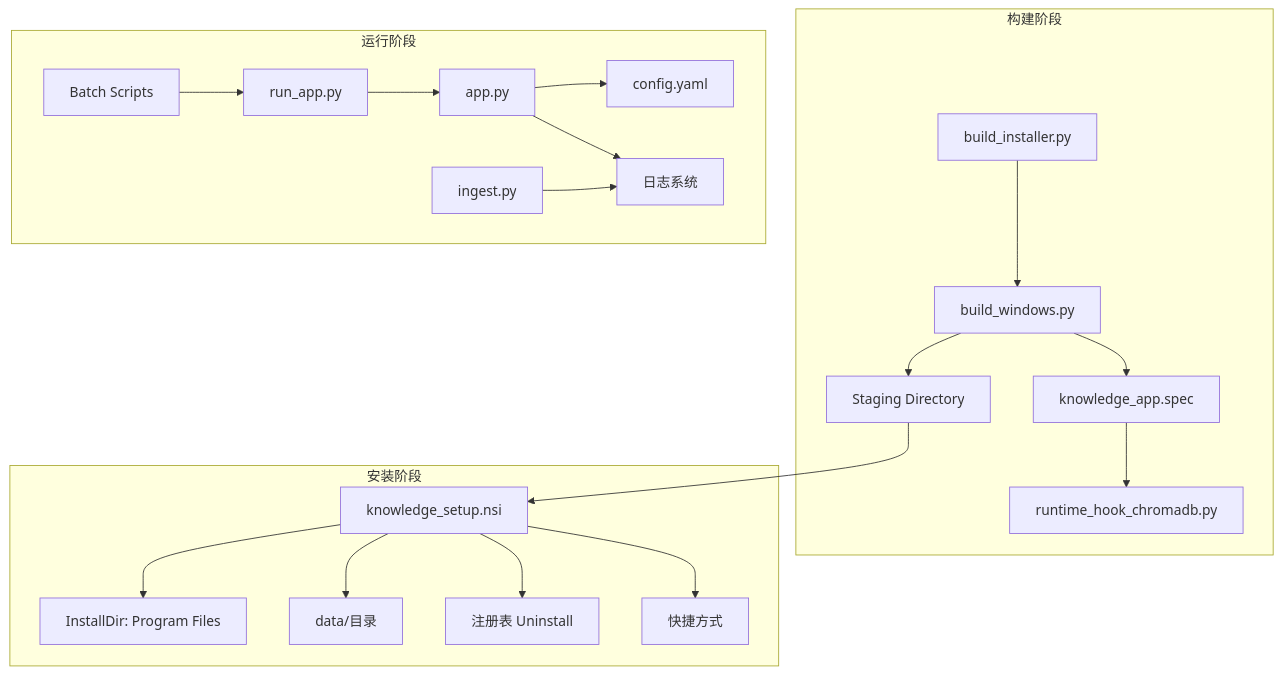
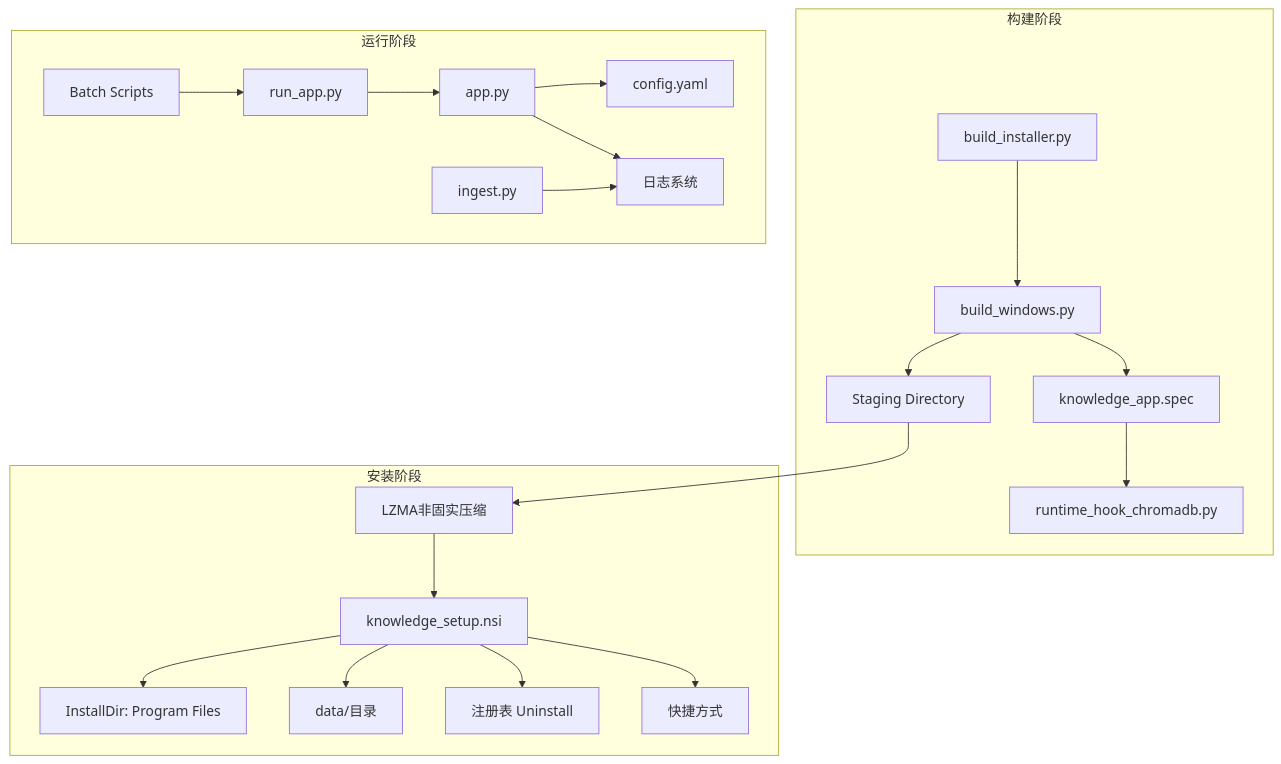
Before and after one commit to joyafa/knowledge: the second of 11 diagrams in .qoder/repowiki/zh/content/部署与运维/安装部署脚本/Windows安装器.md, drawn with Mermaid. The commit also changed other lines of this file and 18 other files, not shown here.

````diff
--- a/.qoder/repowiki/zh/content/部署与运维/安装部署脚本/Windows安装器.md
+++ b/.qoder/repowiki/zh/content/部署与运维/安装部署脚本/Windows安装器.md
@@ -126,39 +131,41 @@
 ```mermaid
 graph TB
 subgraph "构建阶段"
 BUILD_MAIN[build_installer.py]
 BUILD_WIN[build_windows.py]
 SPEC[knowledge_app.spec]
 HOOK[runtime_hook_chromadb.py]
 STAGE[Staging Directory]
 end
 subgraph "安装阶段"
 NSIS[knowledge_setup.nsi]
+COMPRESS[LZMA非固实压缩]
 INST[InstallDir: Program Files]
 DATA[data/目录]
 REG[注册表 Uninstall]
 SHORTCUT[快捷方式]
 end
 subgraph "运行阶段"
 RUN_APP[run_app.py]
 BAT[Batch Scripts]
 APP[app.py]
 CFG[config.yaml]
 LOG[日志系统]
 INGEST[ingest.py]
 end
 BUILD_MAIN --> BUILD_WIN
 BUILD_WIN --> SPEC
 SPEC --> HOOK
 BUILD_WIN --> STAGE
-STAGE --> NSIS
+STAGE --> COMPRESS
+COMPRESS --> NSIS
 NSIS --> INST
 NSIS --> DATA
 NSIS --> REG
 NSIS --> SHORTCUT
 RUN_APP --> APP
 BAT --> RUN_APP
 APP --> CFG
 APP --> LOG
 INGEST --> LOG
 ```
````
